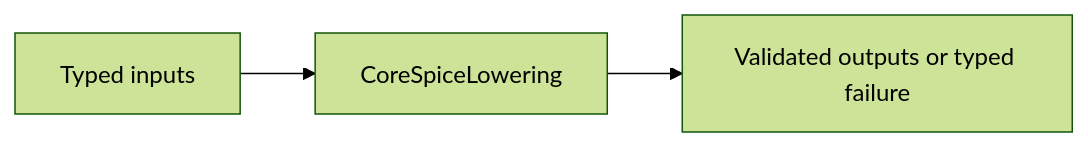
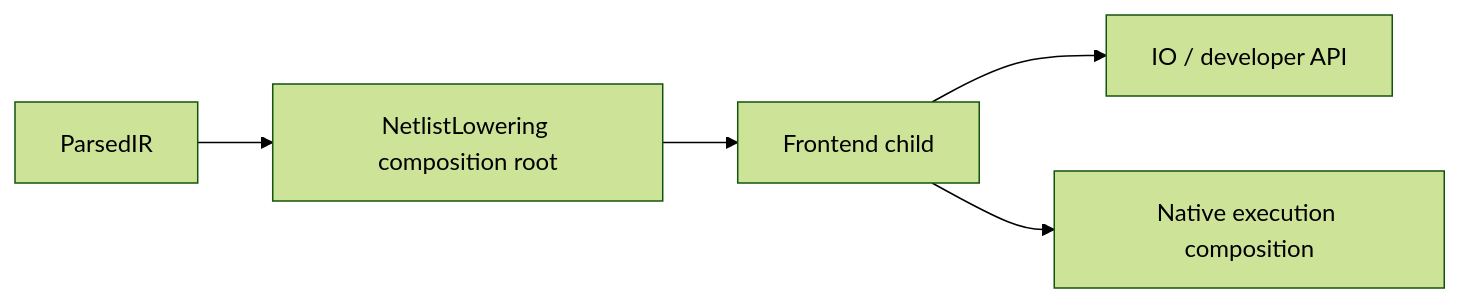
The diagram in Sources/CoreSpiceLowering/DESIGN.md (1amageek/CoreSpice), drawn with Mermaid (forest theme) before and after one commit. The commit also changed other lines of this file and 215 other files, not shown here.

Commit message:
Integrate exact MOS resolution and single-owner execution

````diff
--- a/Sources/CoreSpiceLowering/DESIGN.md
+++ b/Sources/CoreSpiceLowering/DESIGN.md
@@ -20,5 +31,7 @@
 ```mermaid
 flowchart LR
-    Input[Typed inputs] --> Owner[CoreSpiceLowering]
-    Owner --> Output[Validated outputs or typed failure]
+    Parsed[ParsedIR] --> Entry[NetlistLowering composition root]
+    Entry --> Frontend[Frontend child]
+    Frontend --> IO[IO / developer API]
+    Frontend --> Native[Native execution composition]
 ```
````
